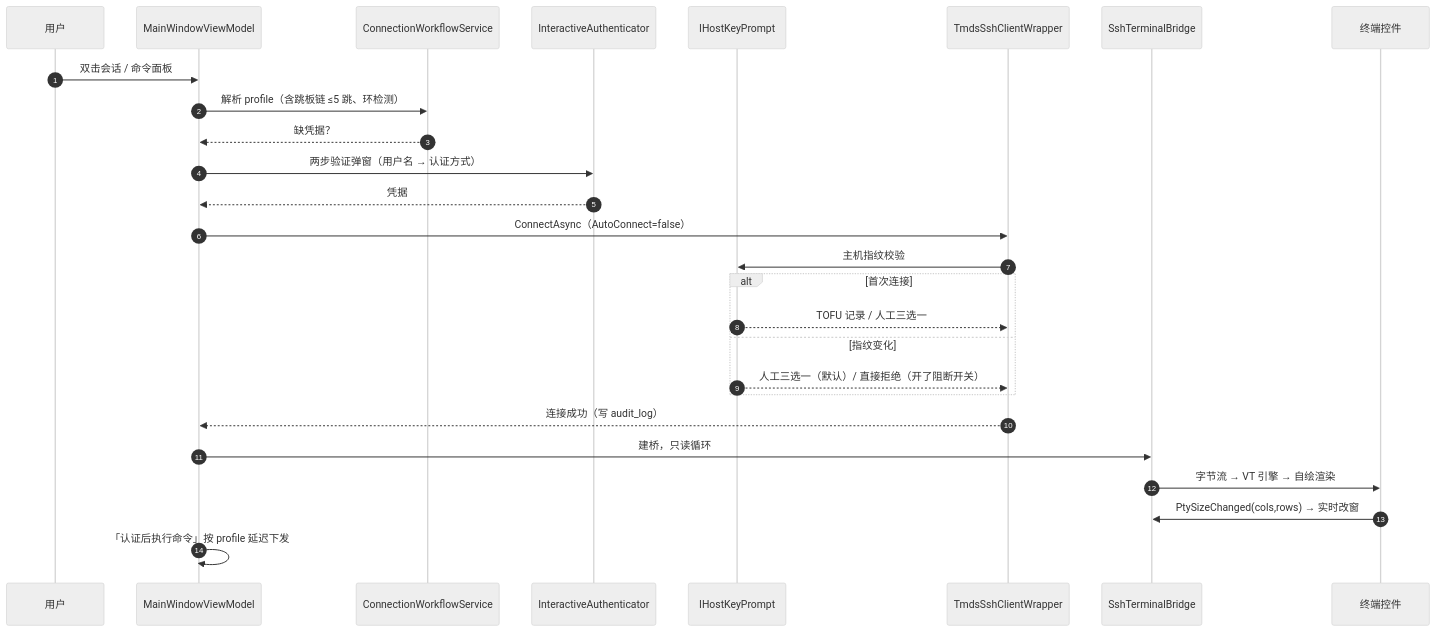
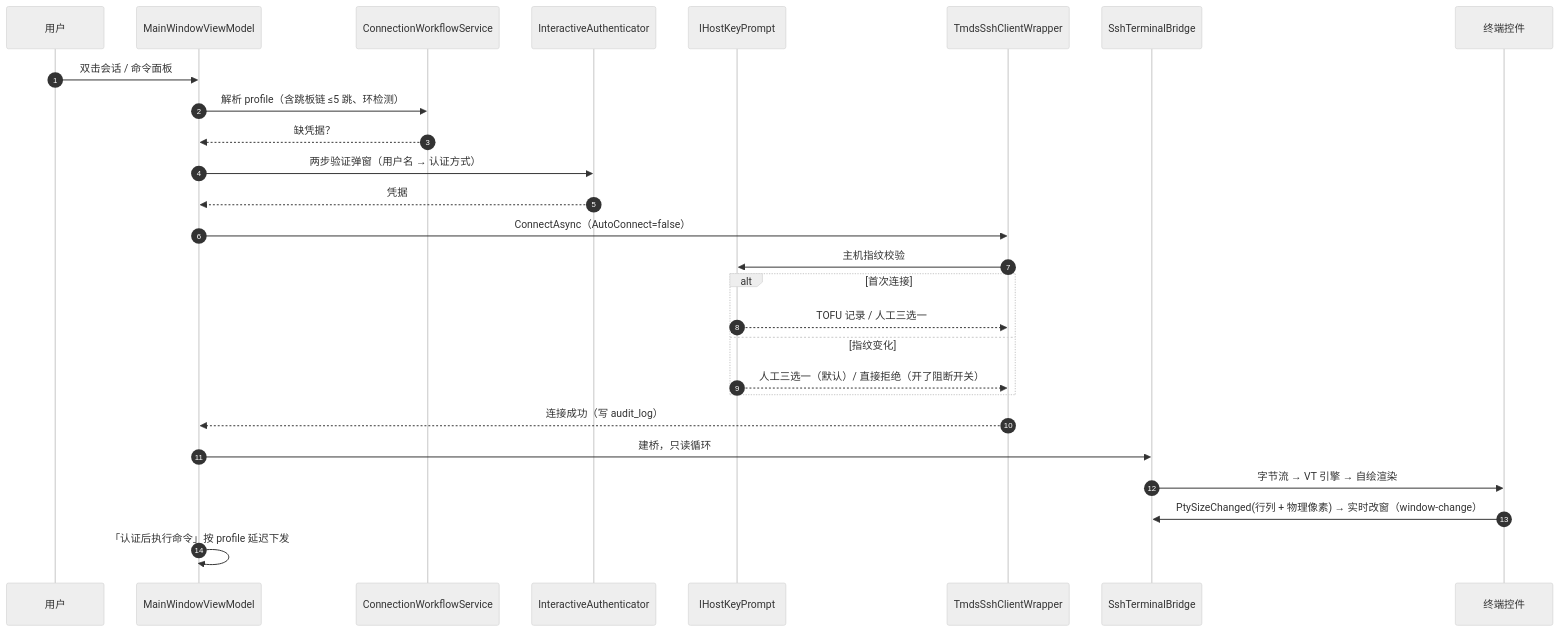
The sixth of 6 diagrams in zh/host/architecture.md (VelaShellLabs/velashell-docs), drawn with Mermaid (neutral theme) before and after one commit. The commit also changed 1 other file, not shown here.

Commit message:
docs(host): 连接时序图的 PtySizeChanged 带上物理像素
宿主把 PTY 像素尺寸贯通到了 window-change:终端控件报出的尺寸改为行列 + 物理像素
(单元格尺寸 × 行列 × 显示缩放),不再恒为 0。§9 时序图那一行对上。zh / en 同改。

````diff
--- a/zh/host/architecture.md
+++ b/zh/host/architecture.md
@@ -416,30 +416,30 @@
 ```mermaid
 sequenceDiagram
     autonumber
     participant U as 用户
     participant VM as MainWindowViewModel
     participant WF as ConnectionWorkflowService
     participant Auth as InteractiveAuthenticator
     participant HK as IHostKeyPrompt
     participant SSH as TmdsSshClientWrapper
     participant Br as SshTerminalBridge
     participant T as 终端控件
 
     U->>VM: 双击会话 / 命令面板
     VM->>WF: 解析 profile（含跳板链 ≤5 跳、环检测）
     WF-->>VM: 缺凭据？
     VM->>Auth: 两步验证弹窗（用户名 → 认证方式）
     Auth-->>VM: 凭据
     VM->>SSH: ConnectAsync（AutoConnect=false）
     SSH->>HK: 主机指纹校验
     alt 首次连接
         HK-->>SSH: TOFU 记录 / 人工三选一
     else 指纹变化
         HK-->>SSH: 人工三选一（默认）/ 直接拒绝（开了阻断开关）
     end
     SSH-->>VM: 连接成功（写 audit_log）
     VM->>Br: 建桥，只读循环
     Br->>T: 字节流 → VT 引擎 → 自绘渲染
-    T->>Br: PtySizeChanged(cols,rows) → 实时改窗
+    T->>Br: PtySizeChanged(行列 + 物理像素) → 实时改窗（window-change）
     VM->>VM: 「认证后执行命令」按 profile 延迟下发
 ```
````
